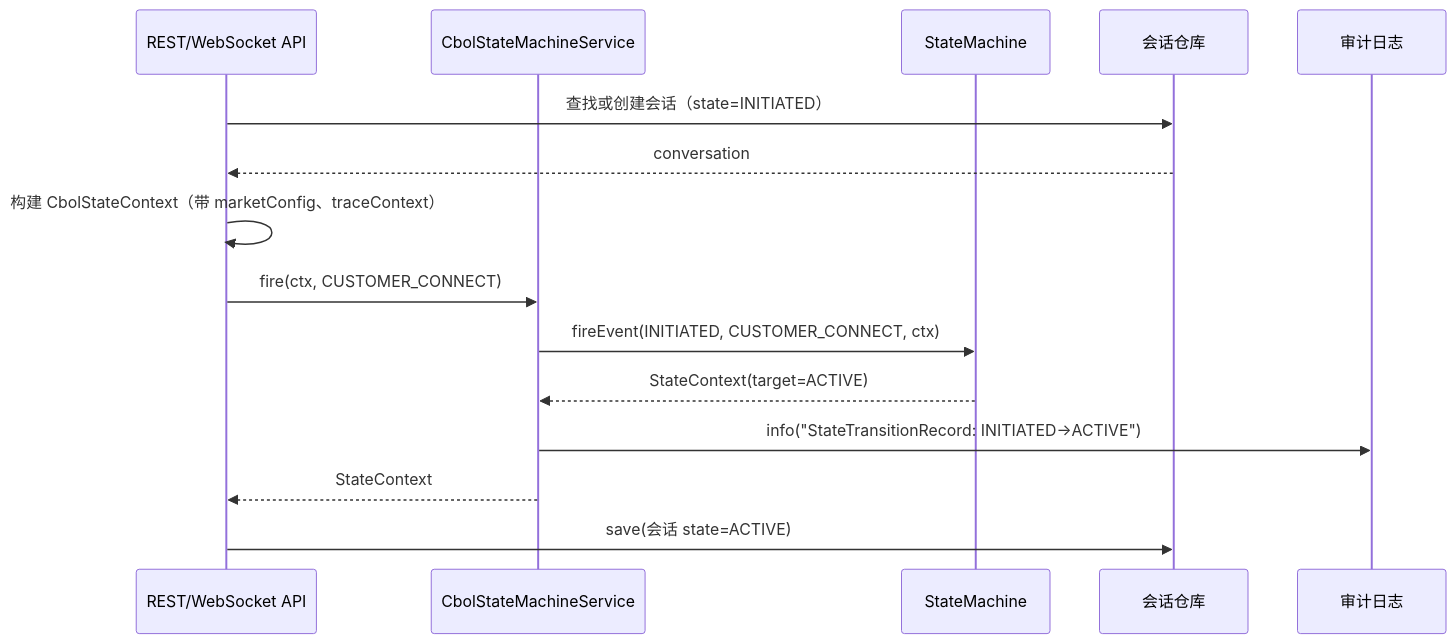
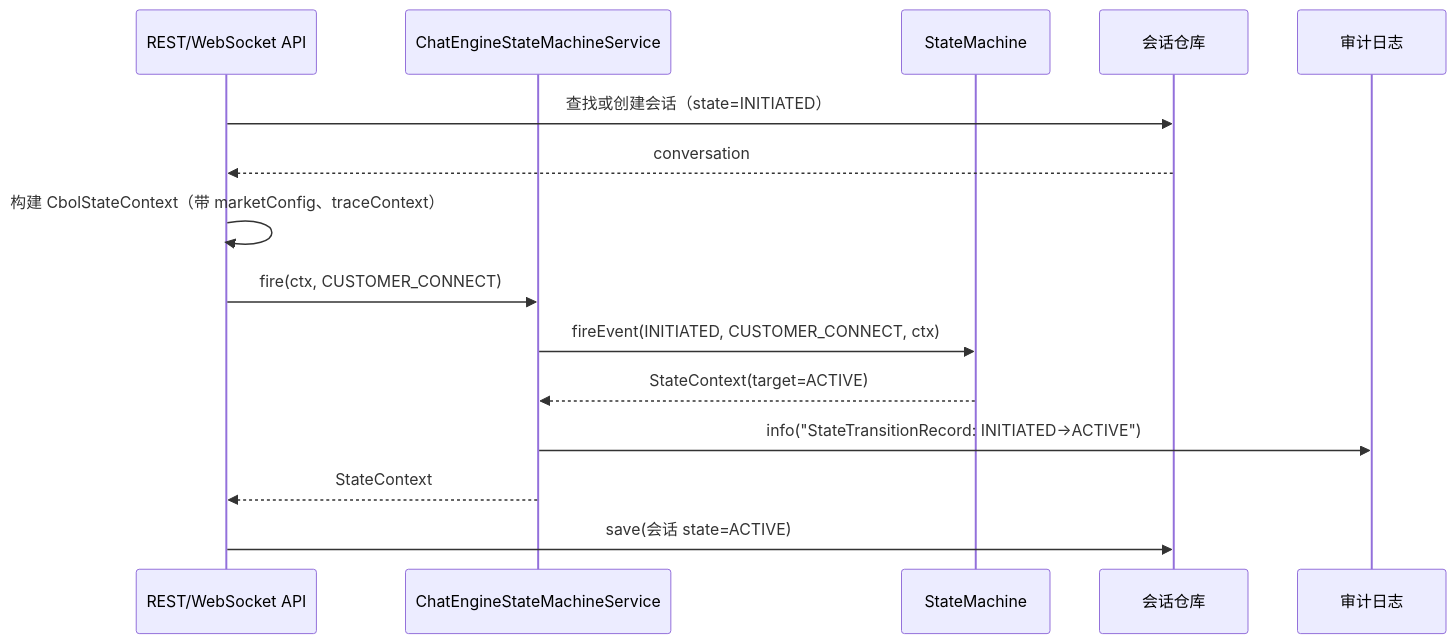
The fourth of 5 diagrams in 08-Code/state-machine/docs/zh/02-CBOL-Business-Layer-Design.md (huangzhiqiu/ai-knowledge-design), drawn with Mermaid before and after one commit. The commit also changed other lines of this file and 6 other files, not shown here.

````diff
--- a/08-Code/state-machine/docs/zh/02-CBOL-Business-Layer-Design.md
+++ b/08-Code/state-machine/docs/zh/02-CBOL-Business-Layer-Design.md
@@ -467,18 +467,18 @@
 ```mermaid
 sequenceDiagram
     participant API as REST/WebSocket API
-    participant Svc as CbolStateMachineService
+    participant Svc as ChatEngineStateMachineService
     participant SM as StateMachine
     participant Repo as 会话仓库
     participant Log as 审计日志
 
     API->>Repo: 查找或创建会话（state=INITIATED）
     Repo-->>API: conversation
     API->>API: 构建 CbolStateContext（带 marketConfig、traceContext）
     API->>Svc: fire(ctx, CUSTOMER_CONNECT)
     Svc->>SM: fireEvent(INITIATED, CUSTOMER_CONNECT, ctx)
     SM-->>Svc: StateContext(target=ACTIVE)
     Svc->>Log: info("StateTransitionRecord: INITIATED->ACTIVE")
     Svc-->>API: StateContext
     API->>Repo: save(会话 state=ACTIVE)
 ```
````
